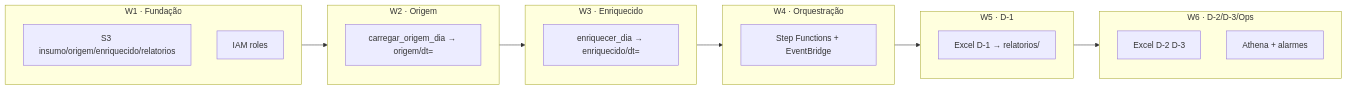
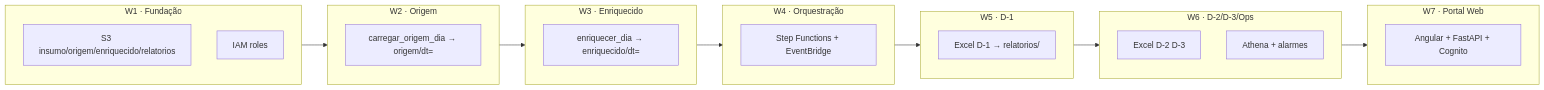
Before and after one commit to welligtoncos/datamesh-retail-inventory-insights-d1-d2-d3: the diagram in aidlc-docs/inception/user-stories/backlog-roadmap.md, drawn with Mermaid. The commit also changed other lines of this file and 9 other files, not shown here.

First line of the commit message:
docs(aidlc): planejamento W7 do portal web Angular + FastAPI

````diff
--- a/aidlc-docs/inception/user-stories/backlog-roadmap.md
+++ b/aidlc-docs/inception/user-stories/backlog-roadmap.md
@@ -10,30 +10,34 @@
 ```mermaid
 flowchart LR
     subgraph W1["W1 · Fundação"]
         S3["S3 insumo/origem/enriquecido/relatorios"]
         IAM["IAM roles"]
     end
 
     subgraph W2["W2 · Origem"]
         O["carregar_origem_dia → origem/dt="]
     end
 
     subgraph W3["W3 · Enriquecido"]
         E["enriquecer_dia → enriquecido/dt="]
     end
 
     subgraph W4["W4 · Orquestração"]
         SF["Step Functions + EventBridge"]
     end
 
     subgraph W5["W5 · D-1"]
         R1["Excel D-1 → relatorios/"]
     end
 
     subgraph W6["W6 · D-2/D-3/Ops"]
         R23["Excel D-2 D-3"]
         ATH["Athena + alarmes"]
     end
 
-    W1 --> W2 --> W3 --> W4 --> W5 --> W6
+    subgraph W7["W7 · Portal Web"]
+        PW["Angular + FastAPI + Cognito"]
+    end
+
+    W1 --> W2 --> W3 --> W4 --> W5 --> W6 --> W7
 ```
````
